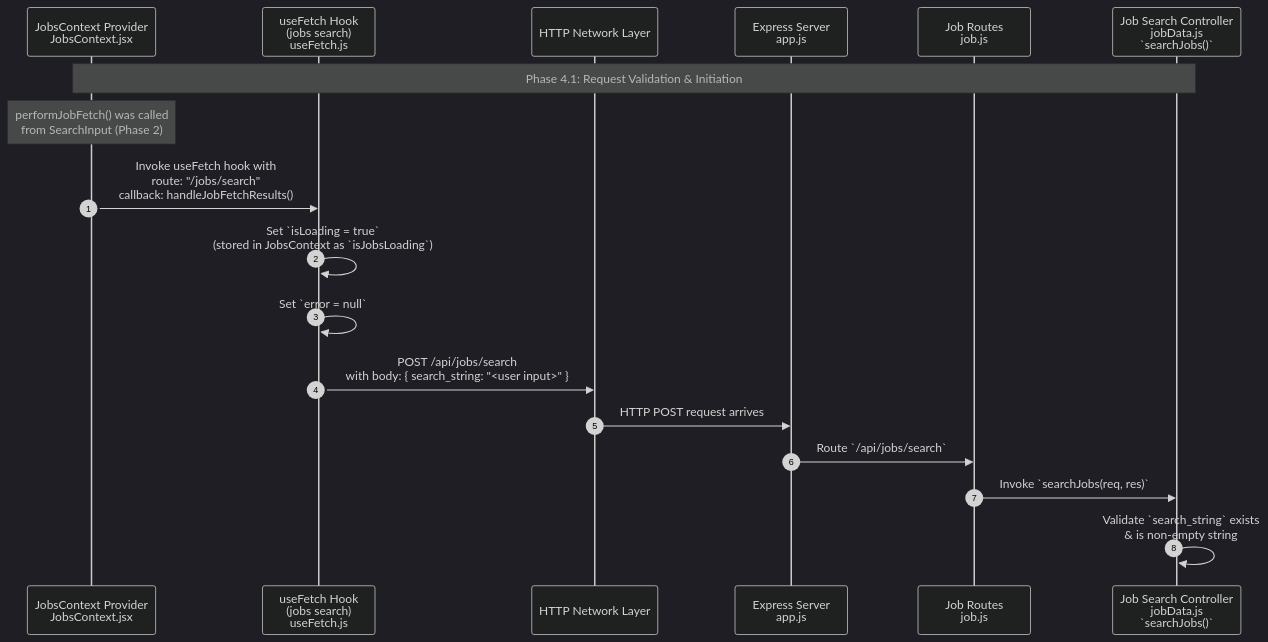
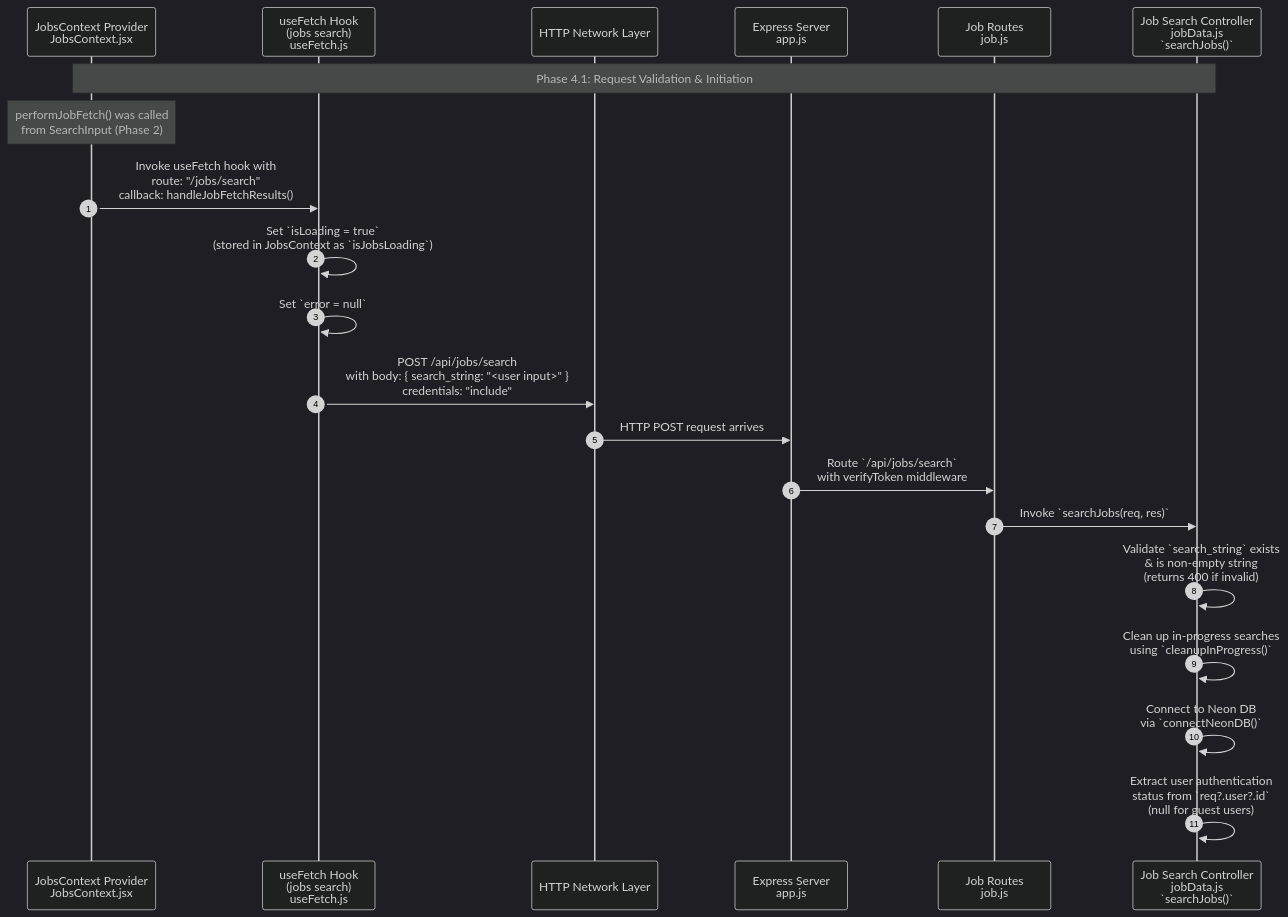
The diagram in documentation/jobFetch/4.1.Request Validation & Initiation.md (YahyaAl-Ademi/2025.10.23-JobCompass), drawn with Mermaid (dark theme) before and after one commit. The commit also changed other lines of this file and 7 other files, not shown here.

Commit message:
feat: enhance documentation with detailed job search architecture, caching strategies, and response delivery processes

````diff
--- a/documentation/jobFetch/4.1.Request Validation & Initiation.md
+++ b/documentation/jobFetch/4.1.Request Validation & Initiation.md
@@ -8,34 +8,37 @@
 ```mermaid
 sequenceDiagram
     autonumber
     %% File paths:
     %% JobsContext: client/src/context/JobsContext.jsx
     %% useFetch: client/src/hooks/useFetch.js
     %% ExpressApp: server/src/app.js
     %% JobRouter: server/src/routes/job.js
     %% JobController: server/src/controllers/jobData.js
     participant JobsContext as JobsContext Provider<br/>JobsContext.jsx
     participant useFetch_1 as useFetch Hook<br/>(jobs search)<br/>useFetch.js
     participant FrontendNetwork as HTTP Network Layer
     participant ExpressApp as Express Server<br/>app.js
     participant JobRouter as Job Routes<br/>job.js
     participant JobController as Job Search Controller<br/>jobData.js<br/>`searchJobs()`
 
     Note over JobsContext,JobController: Phase 4.1: Request Validation & Initiation
     Note over JobsContext: performJobFetch() was called<br/>from SearchInput (Phase 2)
     activate JobsContext
     JobsContext->>useFetch_1: Invoke useFetch hook with<br/>route: "/jobs/search"<br/>callback: handleJobFetchResults()
 
     activate useFetch_1
     useFetch_1->>useFetch_1: Set `isLoading = true`<br/>(stored in JobsContext as `isJobsLoading`)
     useFetch_1->>useFetch_1: Set `error = null`
-    useFetch_1->>FrontendNetwork: POST /api/jobs/search<br/>with body: { search_string: "<user input>" }
+    useFetch_1->>FrontendNetwork: POST /api/jobs/search<br/>with body: { search_string: "<user input>" }<br/>credentials: "include"
 
     FrontendNetwork->>ExpressApp: HTTP POST request arrives
-    ExpressApp->>JobRouter: Route `/api/jobs/search`
+    ExpressApp->>JobRouter: Route `/api/jobs/search`<br/>with verifyToken middleware
 
     JobRouter->>JobController: Invoke `searchJobs(req, res)`
 
     activate JobController
-    JobController->>JobController: Validate `search_string` exists<br/>& is non-empty string
+    JobController->>JobController: Validate `search_string` exists<br/>& is non-empty string<br/>(returns 400 if invalid)
+    JobController->>JobController: Clean up in-progress searches<br/>using `cleanupInProgress()`
+    JobController->>JobController: Connect to Neon DB<br/>via `connectNeonDB()`
+    JobController->>JobController: Extract user authentication<br/>status from `req?.user?.id`<br/>(null for guest users)
 ```
````
